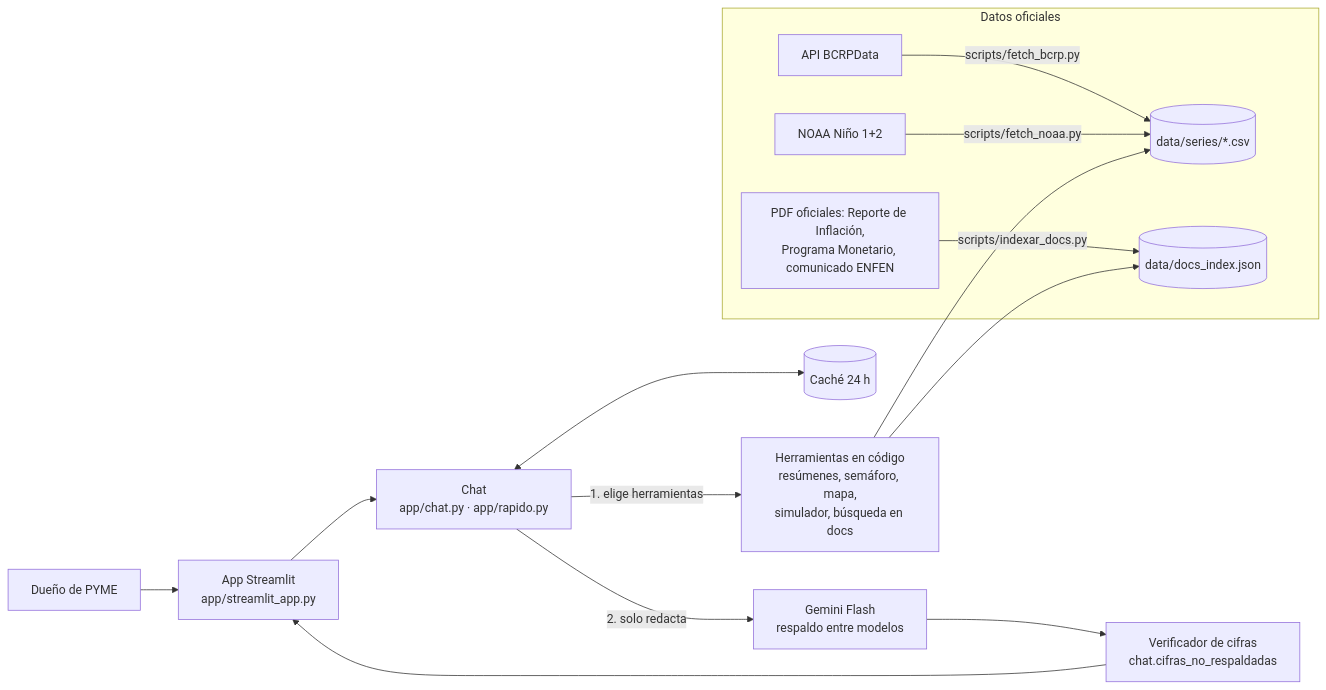
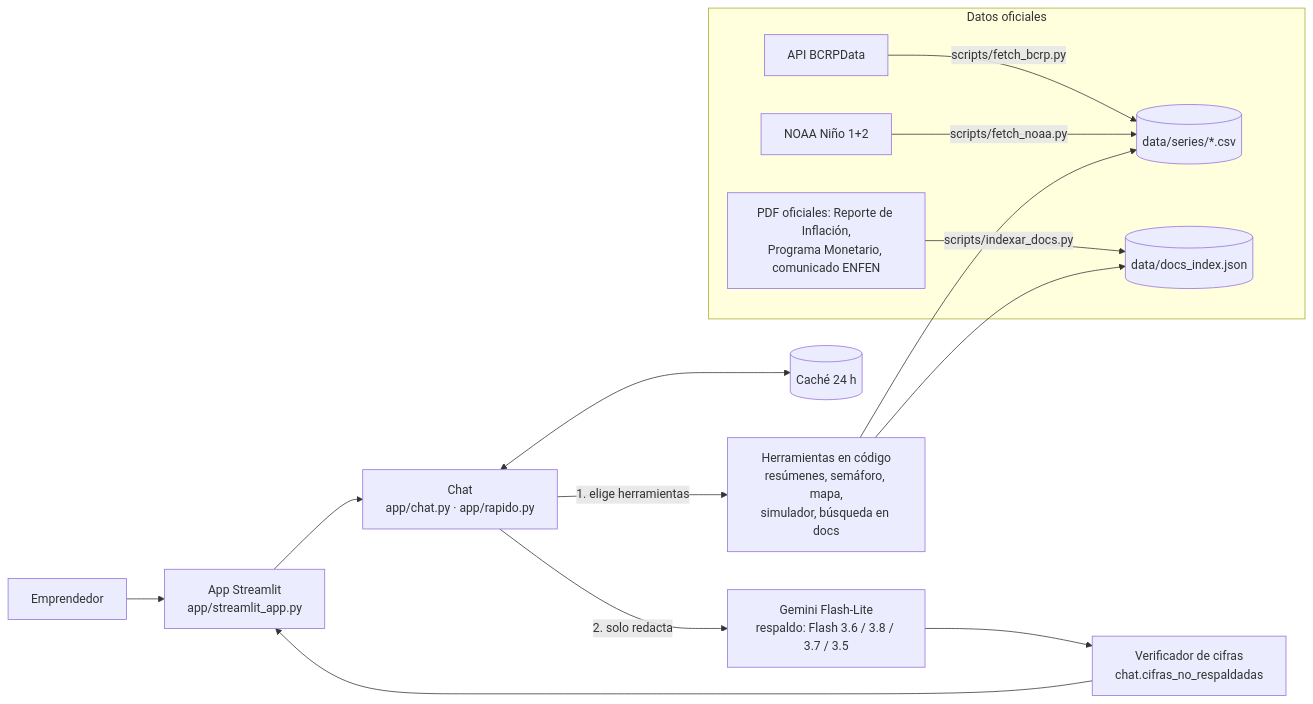
Before and after one commit to ccbocanegrav-ui/Analista-BCRP: the diagram in README.md, drawn with Mermaid. The commit also changed other lines of this file and 5 other files, not shown here.

````diff
--- a/README.md
+++ b/README.md
@@ -119,17 +128,17 @@
 ```mermaid
 flowchart LR
-    U[Dueño de PYME] --> UI[App Streamlit<br/>app/streamlit_app.py]
+    U[Emprendedor] --> UI[App Streamlit<br/>app/streamlit_app.py]
     subgraph Datos oficiales
         B[API BCRPData] -->|scripts/fetch_bcrp.py| S[(data/series/*.csv)]
         N[NOAA Niño 1+2] -->|scripts/fetch_noaa.py| S
         P[PDF oficiales: Reporte de Inflación,<br/>Programa Monetario, comunicado ENFEN] -->|scripts/indexar_docs.py| I[(data/docs_index.json)]
     end
     UI --> C[Chat<br/>app/chat.py · app/rapido.py]
     C -->|1. elige herramientas| H[Herramientas en código<br/>resúmenes, semáforo, mapa,<br/>simulador, búsqueda en docs]
     H --> S
     H --> I
-    C -->|2. solo redacta| G[Gemini Flash<br/>respaldo entre modelos]
+    C -->|2. solo redacta| G[Gemini Flash-Lite<br/>respaldo: Flash 3.6 / 3.8 / 3.7 / 3.5]
     G --> V[Verificador de cifras<br/>chat.cifras_no_respaldadas]
     V --> UI
     C <--> K[(Caché 24 h)]
 ```
````
